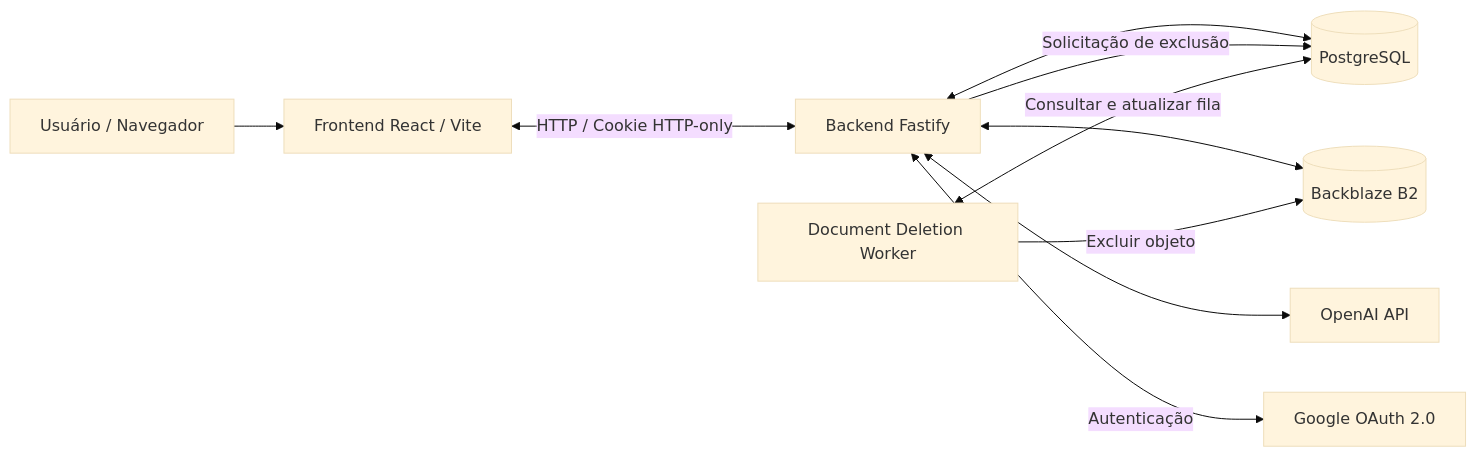
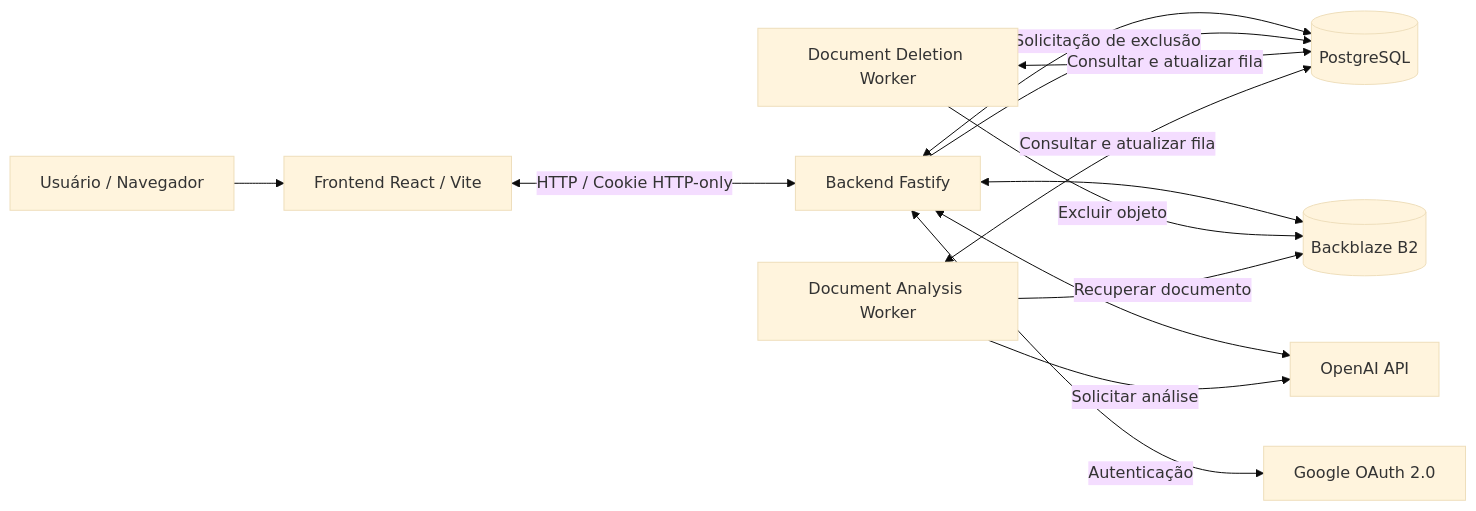
Before and after one commit to DevVitorlevi/doc-analyzer: the diagram in README.md, drawn with Mermaid (base theme). The commit also changed other lines of this file, not shown here.

````diff
--- a/README.md
+++ b/README.md
@@ -87,21 +88,25 @@
 ```mermaid
 flowchart LR
     U[Usuário / Navegador]
     W[Frontend React / Vite]
     A[Backend Fastify]
     DB[(PostgreSQL)]
     B2[(Backblaze B2)]
     AI[OpenAI API]
     G[Google OAuth 2.0]
     Worker[Document Deletion Worker]
+    AnalysisWorker[Document Analysis Worker]
 
     U --> W
     W <-->|HTTP / Cookie HTTP-only| A
     A <--> DB
     A <--> B2
     A <--> AI
     A <-->|Autenticação| G
     A -->|Solicitação de exclusão| DB
     Worker <-->|Consultar e atualizar fila| DB
     Worker -->|Excluir objeto| B2
+    AnalysisWorker <-->|Consultar e atualizar fila| DB
+    AnalysisWorker -->|Recuperar documento| B2
+    AnalysisWorker -->|Solicitar análise| AI
 ```
````
